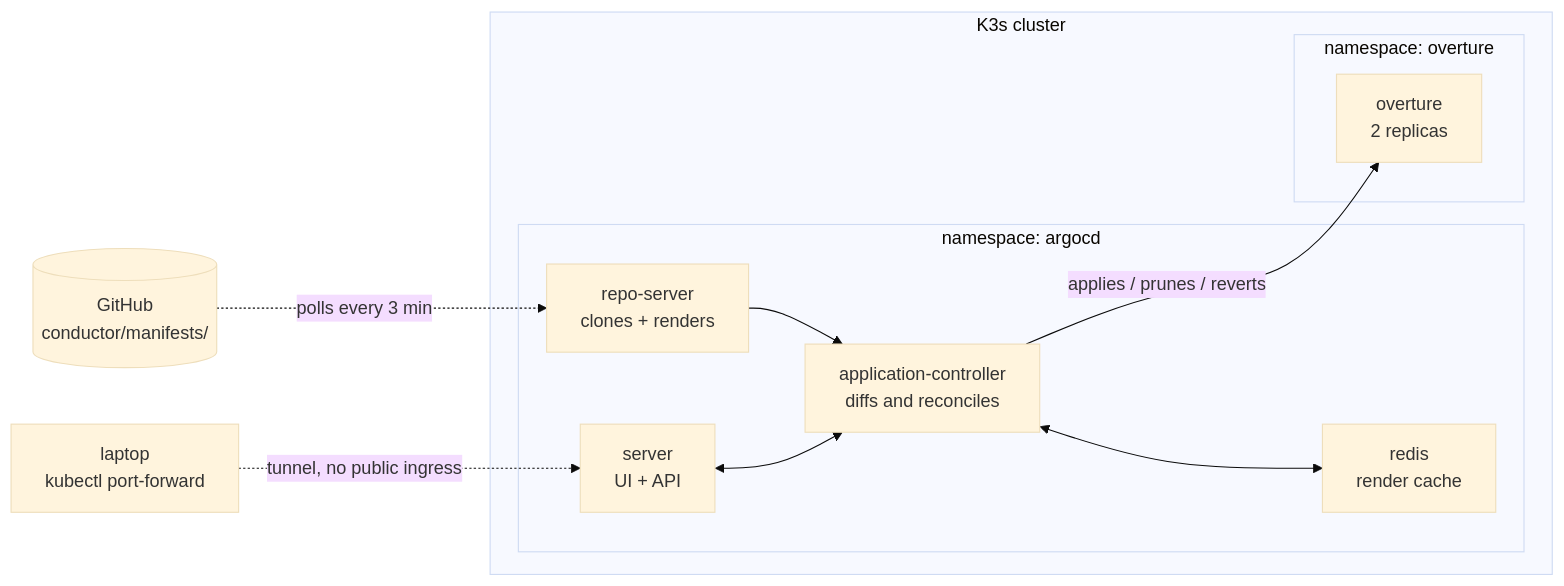
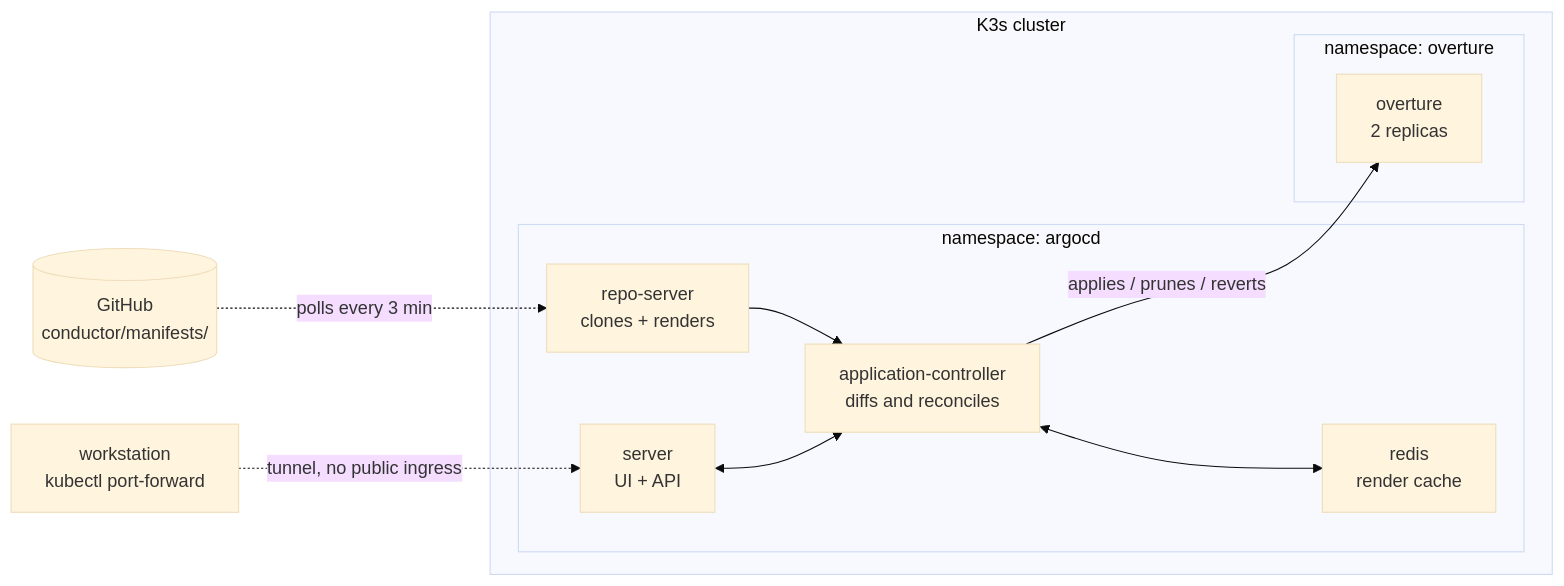
The diagram in conductor/README.md (iagorp6/ensemble), drawn with Mermaid (base theme) before and after one commit. The commit also changed 4 other files, not shown here.

````diff
--- a/conductor/README.md
+++ b/conductor/README.md
@@ -73,25 +73,25 @@
 ```mermaid
 flowchart LR
     git[("GitHub<br/>conductor/manifests/")]
 
     subgraph cluster["K3s cluster"]
         subgraph argons["namespace: argocd"]
             repo["repo-server<br/>clones + renders"]
             ctrl["application-controller<br/>diffs and reconciles"]
             api["server<br/>UI + API"]
             redis["redis<br/>render cache"]
         end
         subgraph appns["namespace: overture"]
             app["overture<br/>2 replicas"]
         end
     end
 
-    laptop["laptop<br/>kubectl port-forward"]
+    workstation["workstation<br/>kubectl port-forward"]
 
     git -. "polls every 3 min" .-> repo
     repo --> ctrl
     ctrl -- "applies / prunes / reverts" --> app
     ctrl <--> redis
     api <--> ctrl
-    laptop -. "tunnel, no public ingress" .-> api
+    workstation -. "tunnel, no public ingress" .-> api
 ```
````
